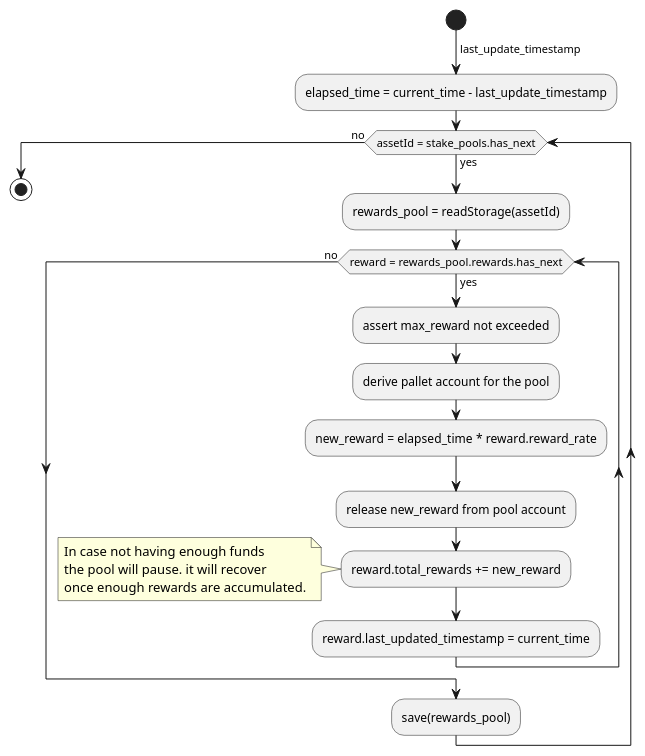
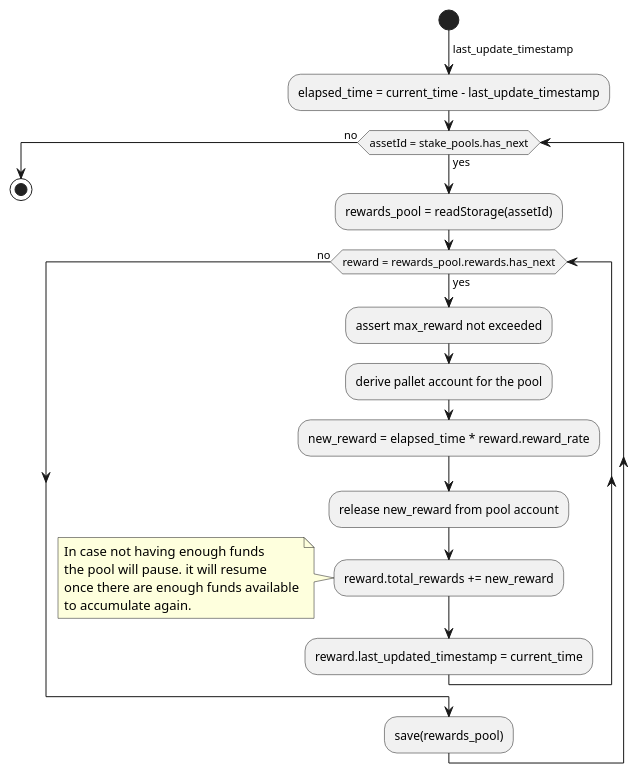
The tenth of 11 diagrams in rfcs/0005-pablo-distribution-assets/0005-pablo-distribution.adoc (ComposableFi/composable), drawn with PlantUML before and after one commit. The commit also changed other lines of this file and 2 other files, not shown here.

```diff
--- a/rfcs/0005-pablo-distribution-assets/0005-pablo-distribution.adoc
+++ b/rfcs/0005-pablo-distribution-assets/0005-pablo-distribution.adoc
@@ -544,25 +532,26 @@
 [plantuml,images/staking-rewards-reward-accumulation-hook,png]
 ----
 start
 ->last_update_timestamp;
 :elapsed_time = current_time - last_update_timestamp;
 while (assetId = stake_pools.has_next) is (yes)
     :rewards_pool = readStorage(assetId);
     while (reward = rewards_pool.rewards.has_next) is (yes)
         :assert max_reward not exceeded;
         :derive pallet account for the pool;
         :new_reward = elapsed_time * reward.reward_rate;
         :release new_reward from pool account;
         :reward.total_rewards += new_reward;
         note left
             In case not having enough funds
-            the pool will pause. it will recover
-            once enough rewards are accumulated.
+            the pool will pause. it will resume
+            once there are enough funds available
+            to accumulate again.
         endnote
         :reward.last_updated_timestamp = current_time;
     endwhile (no)
     :save(rewards_pool);
 endwhile (no)
 
 stop
 ----
```
